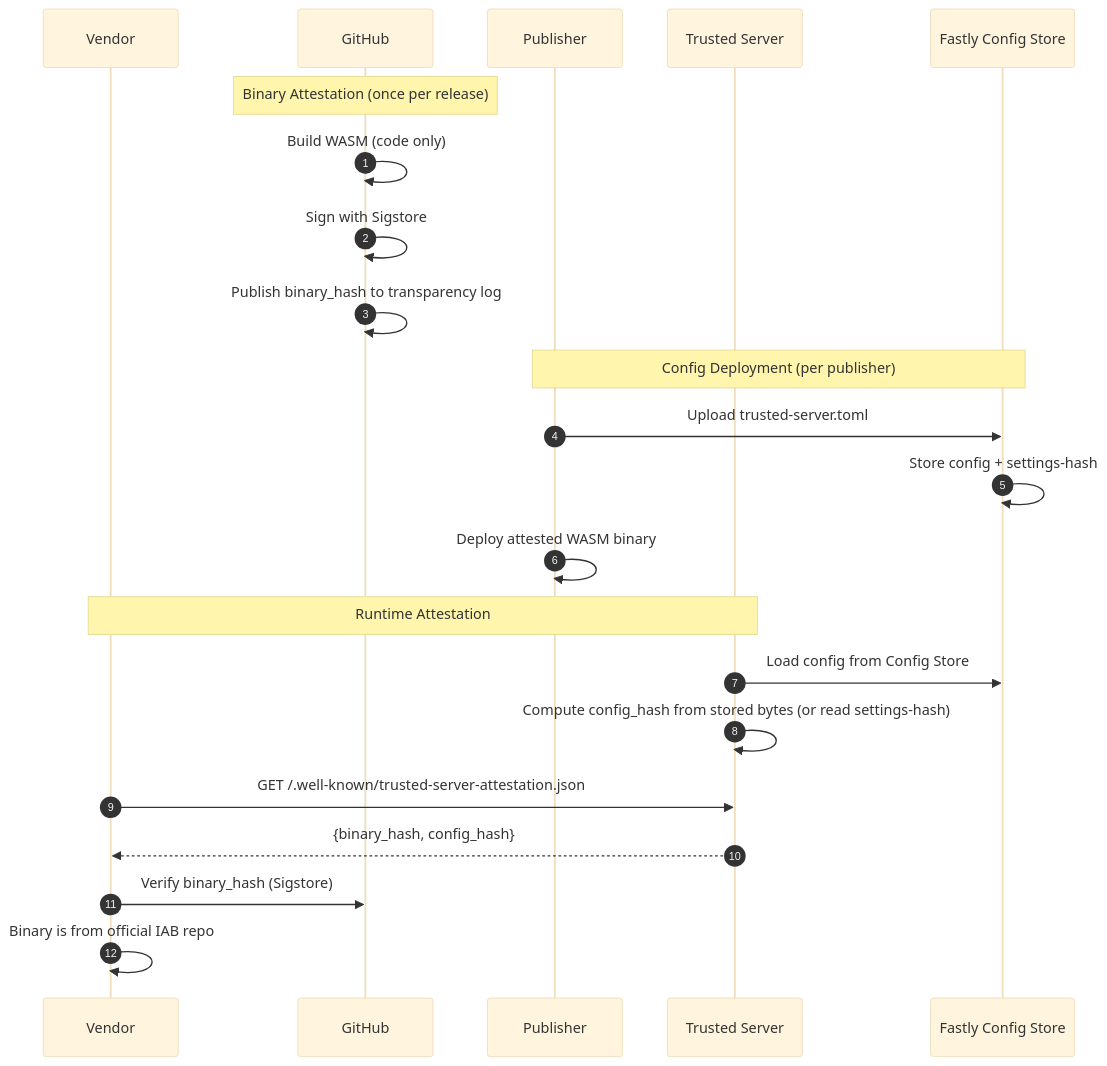
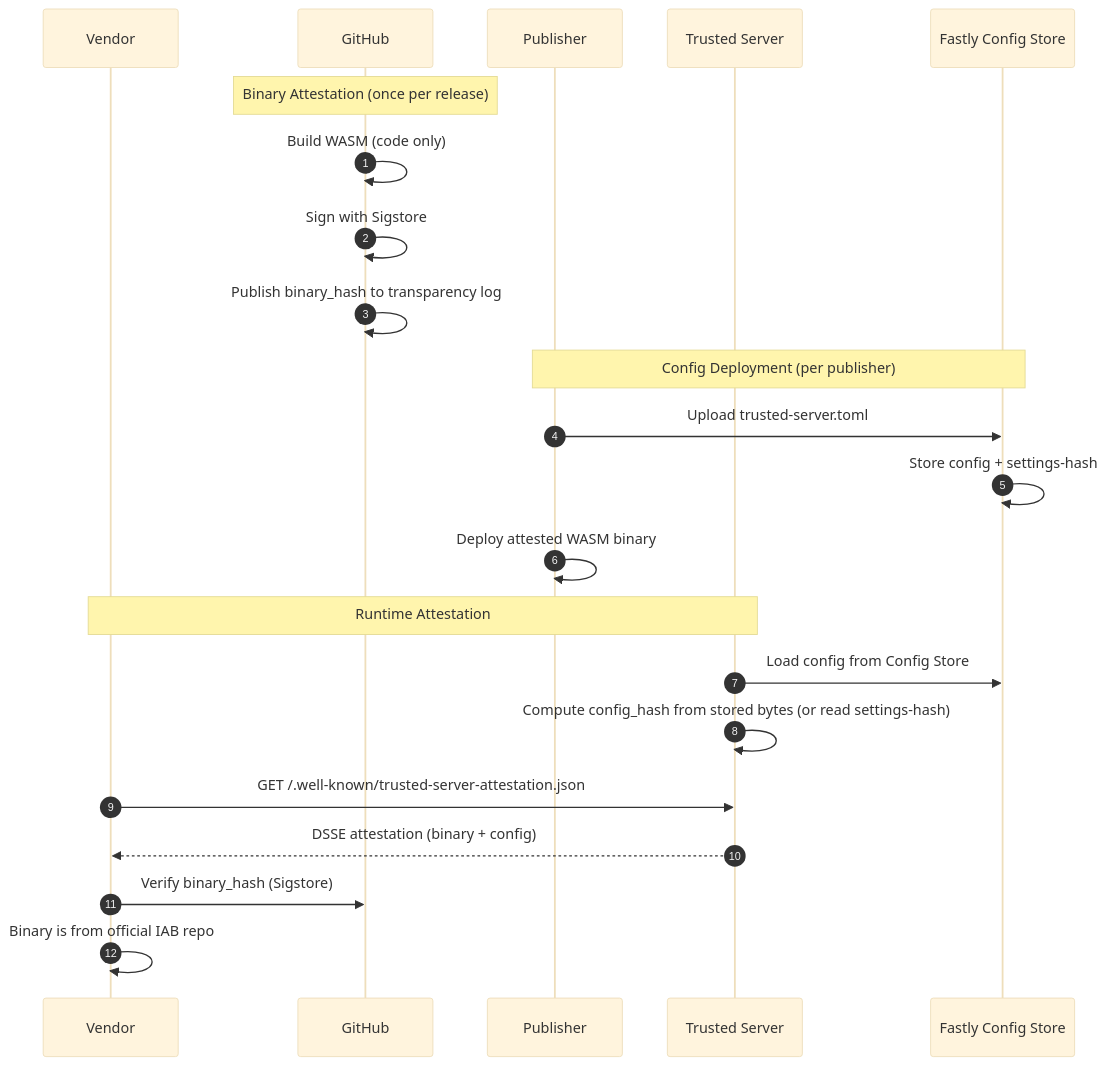
The seventh of 11 diagrams in docs/guide/attestation-proposal.md (IABTechLab/trusted-server), drawn with Mermaid (base theme) before and after one commit. The commit also changed other lines of this file, not shown here.

Commit message:
Update documentation for attestation proposal

````diff
--- a/docs/guide/attestation-proposal.md
+++ b/docs/guide/attestation-proposal.md
@@ -508,29 +509,29 @@
 ```mermaid
 sequenceDiagram
     autonumber
     participant VEN as Vendor
     participant GH as GitHub
     participant PUB as Publisher
     participant TS as Trusted Server
     participant CFG as Fastly Config Store
 
     Note over GH: Binary Attestation (once per release)
     GH->>GH: Build WASM (code only)
     GH->>GH: Sign with Sigstore
     GH->>GH: Publish binary_hash to transparency log
 
     Note over PUB,CFG: Config Deployment (per publisher)
     PUB->>CFG: Upload trusted-server.toml
     CFG->>CFG: Store config + settings-hash
     PUB->>PUB: Deploy attested WASM binary
 
     Note over TS,VEN: Runtime Attestation
     TS->>CFG: Load config from Config Store
     TS->>TS: Compute config_hash from stored bytes (or read settings-hash)
 
     VEN->>TS: GET /.well-known/trusted-server-attestation.json
-    TS-->>VEN: {binary_hash, config_hash}
+    TS-->>VEN: DSSE attestation (binary + config)
 
     VEN->>GH: Verify binary_hash (Sigstore)
     VEN->>VEN: Binary is from official IAB repo
 ```
````
